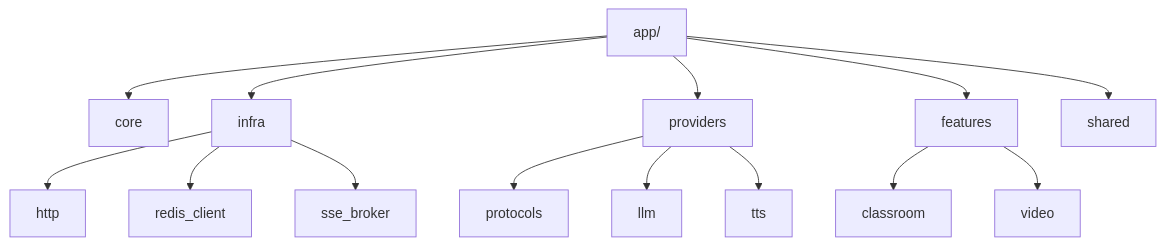
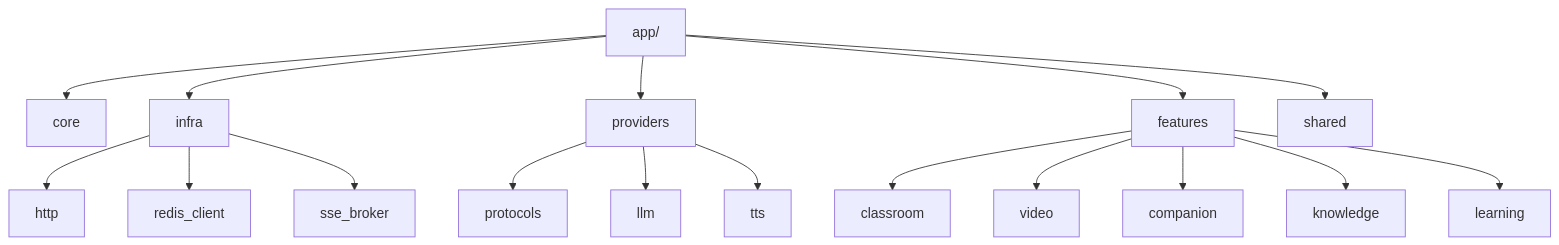
The sixth of 8 diagrams in _bmad-output/planning-artifacts/archive/architecture.md (Prorise-cool/Prorise_ai_teach_workspace), drawn with Mermaid before and after one commit. The commit also changed other lines of this file and 173 other files, not shown here.

````diff
--- a/_bmad-output/planning-artifacts/archive/architecture.md
+++ b/_bmad-output/planning-artifacts/archive/architecture.md
@@ -1055,19 +1172,22 @@
 ```mermaid
 flowchart TD
     A[app/] --> B[core]
     A --> C[infra]
     A --> D[providers]
     A --> E[features]
     A --> F[shared]
 
     E --> E1[classroom]
     E --> E2[video]
+    E --> E3[companion]
+    E --> E4[knowledge]
+    E --> E5[learning]
 
     C --> C1[http]
     C --> C2[redis_client]
     C --> C3[sse_broker]
 
     D --> D1[protocols]
     D --> D2[llm]
     D --> D3[tts]
 ```
````
